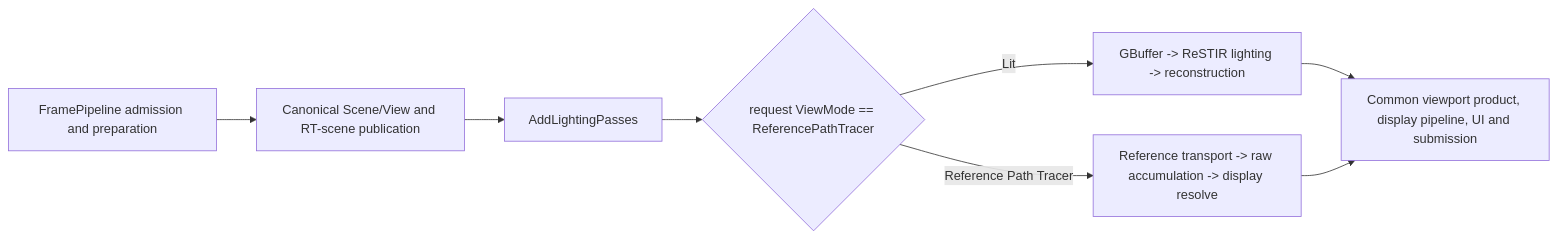
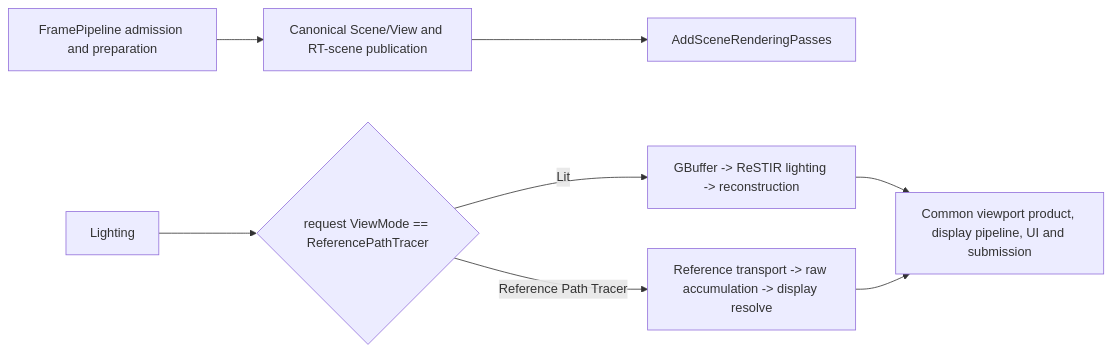
One commit to stoleckipawel/SparkleEngine changed the second of 3 diagrams in Docs/Architecture/Modules/Engine/Renderer/Features/Lighting/ReferencePathTracer/ExecutionArchitecture.md. Above: the diagram before and after it, drawn with Mermaid. The commit also changed other lines of this file and 68 other files, not shown here.

````diff
--- a/Docs/Architecture/Modules/Engine/Renderer/Features/Lighting/ReferencePathTracer/ExecutionArchitecture.md
+++ b/Docs/Architecture/Modules/Engine/Renderer/Features/Lighting/ReferencePathTracer/ExecutionArchitecture.md
@@ -136,10 +136,10 @@
 ```mermaid
 flowchart LR
     Admit[FramePipeline admission and preparation] --> Scene[Canonical Scene/View and RT-scene publication]
-    Scene --> Lighting[AddLightingPasses]
+    Scene --> SceneRendering[AddSceneRenderingPasses]
     Lighting --> Select{request ViewMode == ReferencePathTracer}
     Select -->|Lit| Lit[GBuffer -> ReSTIR lighting -> reconstruction]
     Select -->|Reference Path Tracer| RPT[Reference transport -> raw accumulation -> display resolve]
     Lit --> Present[Common viewport product, display pipeline, UI and submission]
     RPT --> Present
 ```
````
